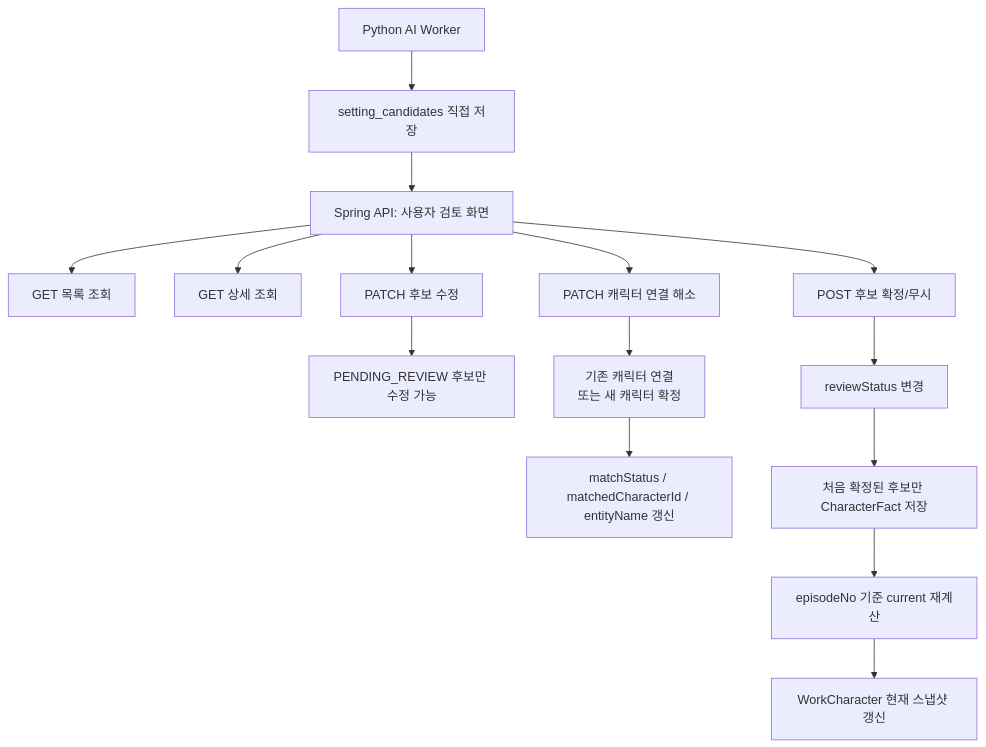
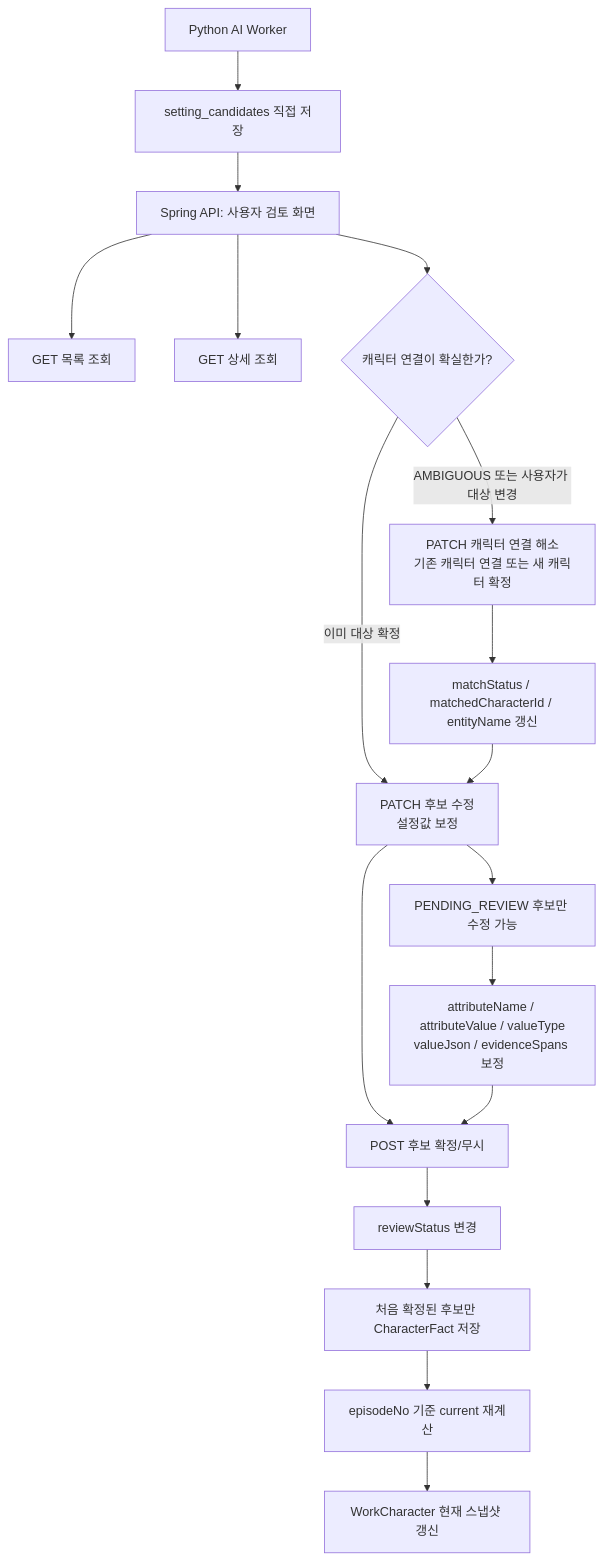
Before and after one commit to catchhole-soma/catchhole-backend-java: the first of 7 diagrams in docs/character.md, drawn with Mermaid. The commit also changed other lines of this file, not shown here.

Commit message:
docs(character): 설정 후보 문서 보강
- AMBIGUOUS 후보를 기존 캐릭터에 연결한 뒤 설정값은 일반 후보 수정 API로 보정하는 프론트 흐름을 문서화했습니다.
- 현재 저장 구조상 AMBIGUOUS 발생 후보 목록과 판단 사유는 제공하지 않는다는 한계를 명시했습니다.
- AMBIGUOUS 후보는 캐릭터 연결 해소 후 설정값을 보정하는 순서가 드러나도록 워크플로우를 수정했습니다.
- character-match와 일반 후보 수정 API의 역할 분리를 문서 흐름에 반영했습니다.

````diff
--- a/docs/character.md
+++ b/docs/character.md
@@ -331,19 +335,22 @@
 ```mermaid
 flowchart TD
     A["Python AI Worker"] --> B["setting_candidates 직접 저장"]
     B --> C["Spring API: 사용자 검토 화면"]
 
     C --> D["GET 목록 조회"]
     C --> E["GET 상세 조회"]
-    C --> F["PATCH 후보 수정"]
-    C --> M["PATCH 캐릭터 연결 해소"]
-    C --> G["POST 후보 확정/무시"]
+    C --> M{"캐릭터 연결이 확실한가?"}
+    M -->|"AMBIGUOUS 또는 사용자가 대상 변경"| N["PATCH 캐릭터 연결 해소<br/>기존 캐릭터 연결 또는 새 캐릭터 확정"]
+    M -->|"이미 대상 확정"| F["PATCH 후보 수정<br/>설정값 보정"]
+    N --> O["matchStatus / matchedCharacterId / entityName 갱신"]
+    O --> F
+    F --> G["POST 후보 확정/무시"]
 
     F --> H["PENDING_REVIEW 후보만 수정 가능"]
-    M --> N["기존 캐릭터 연결<br/>또는 새 캐릭터 확정"]
-    N --> O["matchStatus / matchedCharacterId / entityName 갱신"]
+    H --> P["attributeName / attributeValue / valueType<br/>valueJson / evidenceSpans 보정"]
+    P --> G
     G --> I["reviewStatus 변경"]
     I --> J["처음 확정된 후보만 CharacterFact 저장"]
     J --> K["episodeNo 기준 current 재계산"]
     K --> L["WorkCharacter 현재 스냅샷 갱신"]
 ```
````
